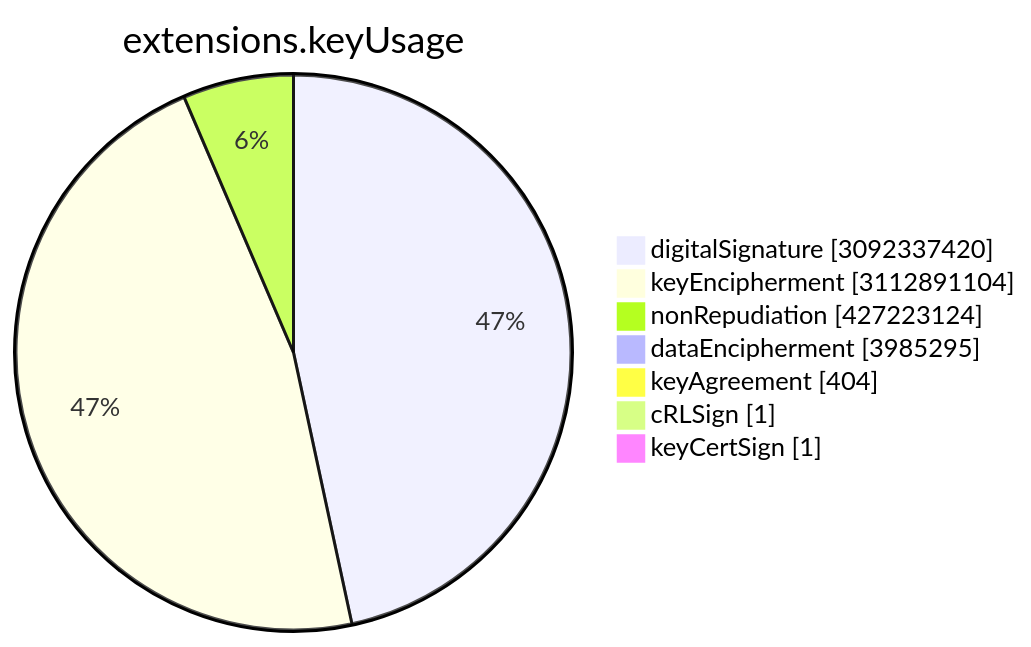
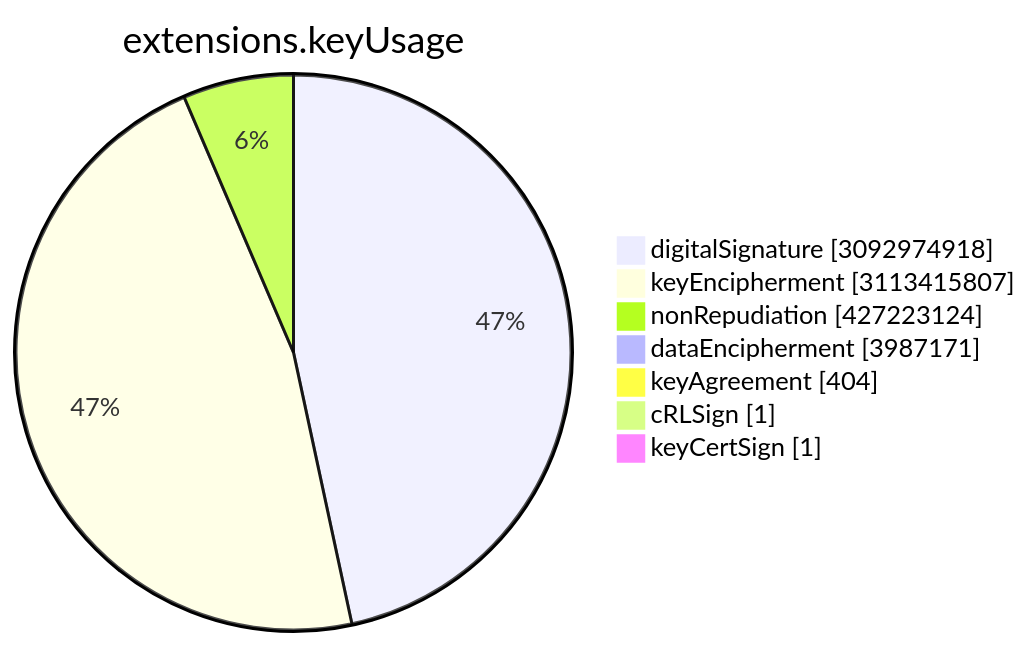
Before and after one commit to christiankrug/ctmonitor_visualization: the sixth of 15 diagrams in TOTAL/README.md, drawn with Mermaid. The commit also changed other lines of this file, not shown here.

````diff
--- a/TOTAL/README.md
+++ b/TOTAL/README.md
@@ -3077,11 +3077,11 @@
 ```mermaid
 pie showData
 title extensions.keyUsage
-"digitalSignature" :3092337420
-"keyEncipherment" :3112891104
+"digitalSignature" :3092974918
+"keyEncipherment" :3113415807
 "nonRepudiation" :427223124
-"dataEncipherment" :3985295
+"dataEncipherment" :3987171
 "keyAgreement" :404
 "cRLSign" :1
 "keyCertSign" :1
 ```
````
